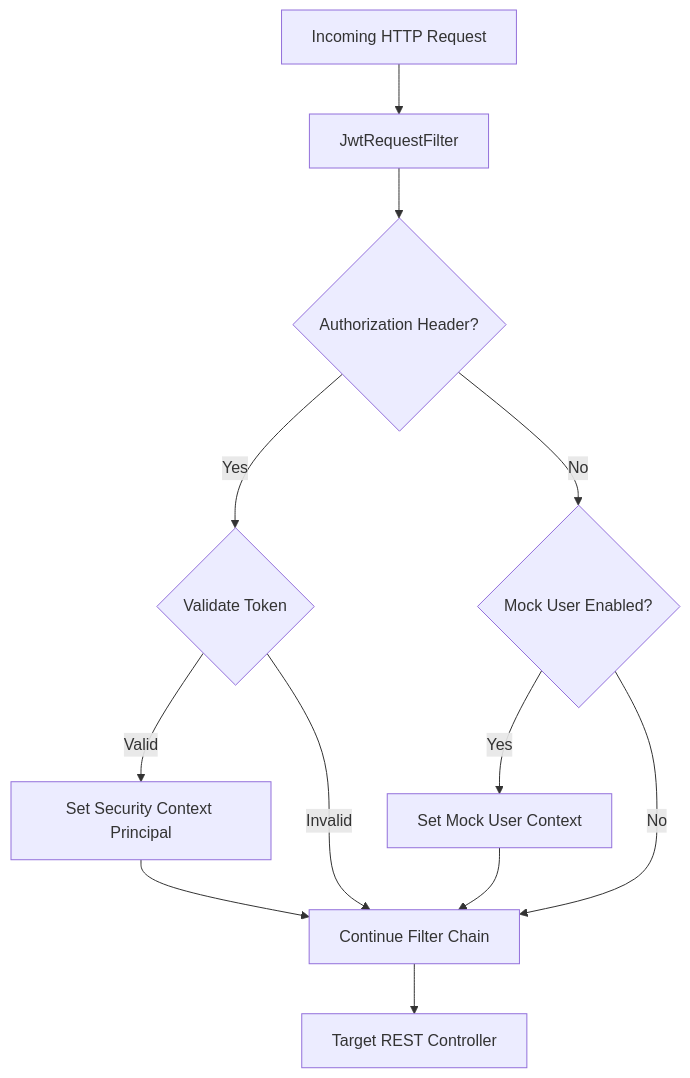
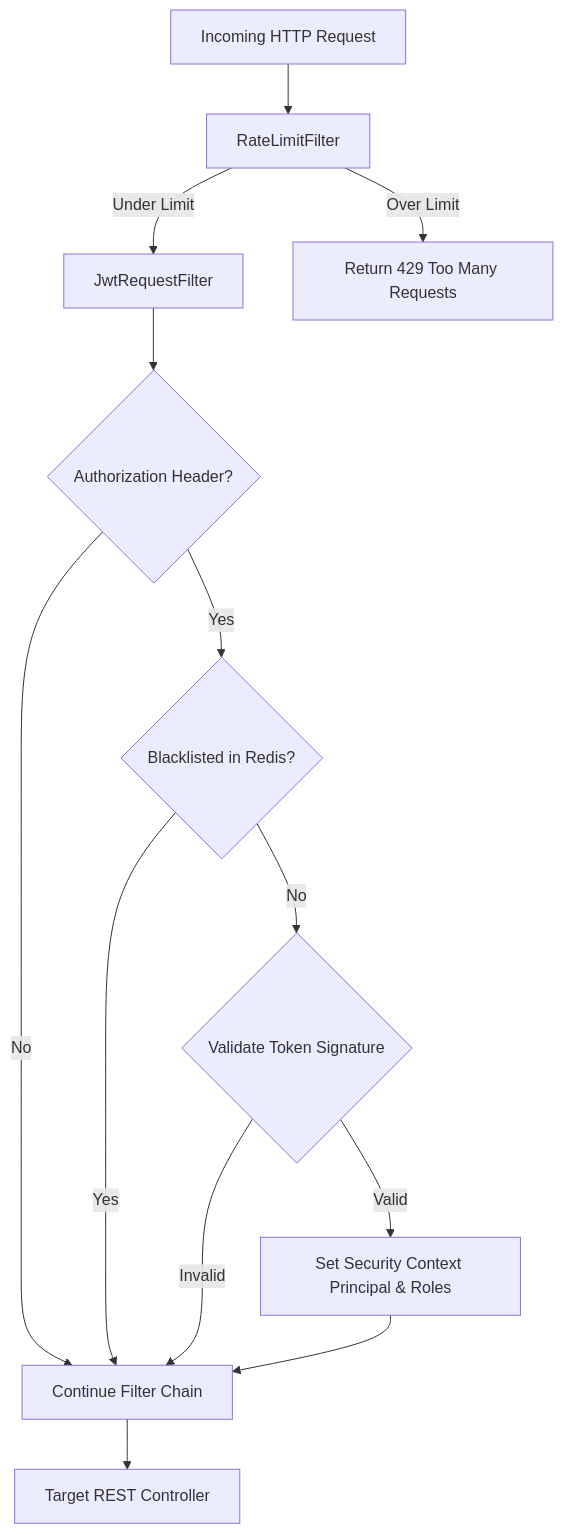
The first of 3 diagrams in docs/05-lld-detailed-design.md (123suraj-sky/DevOps-Suite), drawn with Mermaid before and after one commit. The commit also changed other lines of this file and 11 other files, not shown here.

````diff
--- a/docs/05-lld-detailed-design.md
+++ b/docs/05-lld-detailed-design.md
@@ -21,17 +22,17 @@
 ```mermaid
 flowchart TD
-    Req[Incoming HTTP Request] --> Filter[JwtRequestFilter]
+    Req[Incoming HTTP Request] --> Rate[RateLimitFilter]
+    Rate -->|Under Limit| Filter[JwtRequestFilter]
+    Rate -->|Over Limit| Limit429[Return 429 Too Many Requests]
     Filter --> HasToken{Authorization Header?}
-    HasToken -->|Yes| Validate{Validate Token}
-    HasToken -->|No| CheckMock{Mock User Enabled?}
+    HasToken -->|Yes| CheckBlacklist{Blacklisted in Redis?}
+    HasToken -->|No| Chain[Continue Filter Chain]
     
-    Validate -->|Valid| SetAuth[Set Security Context Principal]
-    Validate -->|Invalid| Chain[Continue Filter Chain]
-    
-    CheckMock -->|Yes| SetMock[Set Mock User Context]
-    CheckMock -->|No| Chain
+    CheckBlacklist -->|Yes| Chain
+    CheckBlacklist -->|No| Validate{Validate Token Signature}
+    Validate -->|Valid| SetAuth[Set Security Context Principal & Roles]
+    Validate -->|Invalid| Chain
     
     SetAuth --> Chain
-    SetMock --> Chain
     Chain --> Controller[Target REST Controller]
 ```
````
